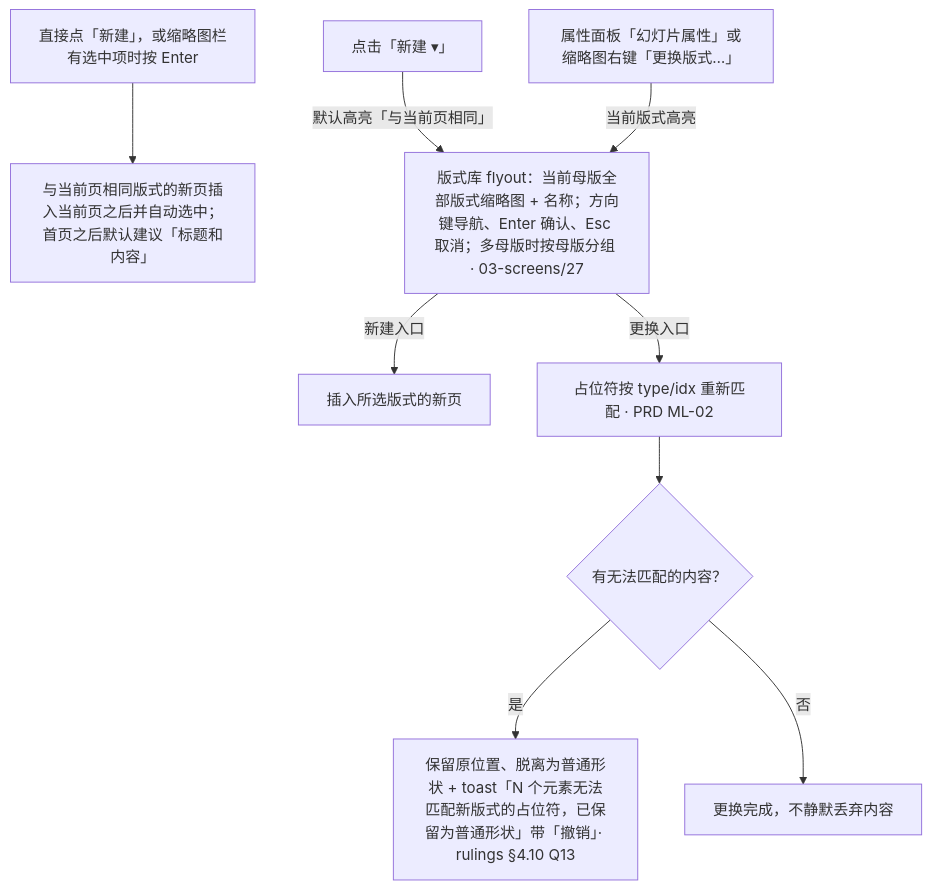
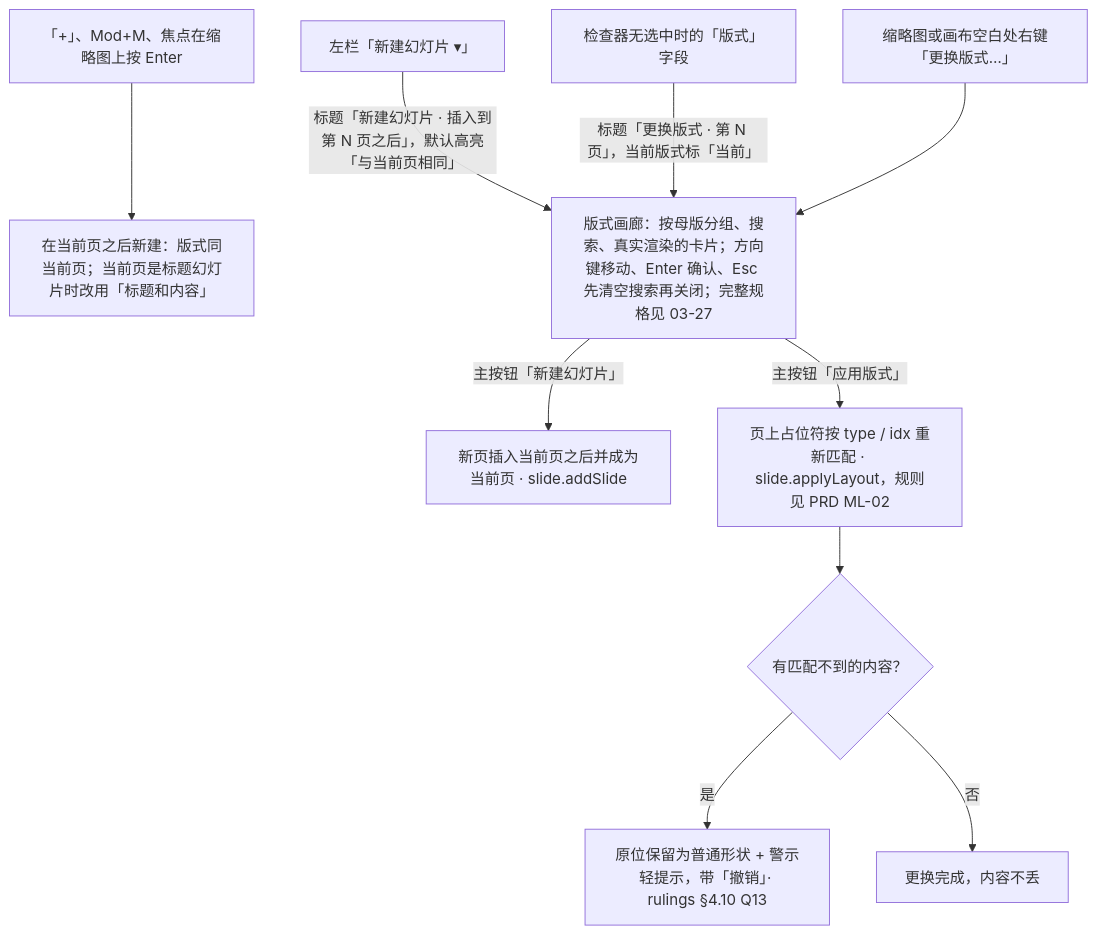
The first of 2 diagrams in docs/20-design/03-screens/14-slide-management-and-layouts.md (Xeonice/cordis-ppt-editor), drawn with Mermaid before and after one commit. The commit also changed other lines of this file and 44 other files, not shown here.

````diff
--- a/docs/20-design/03-screens/14-slide-management-and-layouts.md
+++ b/docs/20-design/03-screens/14-slide-management-and-layouts.md
@@ -62,20 +132,22 @@
 ```mermaid
 flowchart TB
-  newBtn["直接点「新建」，或缩略图栏有选中项时按 Enter"]
-  newSame["与当前页相同版式的新页插入当前页之后并自动选中；首页之后默认建议「标题和内容」"]
-  newMenu["点击「新建 ▾」"]
-  change["属性面板「幻灯片属性」或缩略图右键「更换版式…」"]
-  flyout["版式库 flyout：当前母版全部版式缩略图 + 名称；方向键导航、Enter 确认、Esc 取消；多母版时按母版分组 · 03-screens/27"]
-  pickNew["插入所选版式的新页"]
-  rematch["占位符按 type/idx 重新匹配 · PRD ML-02"]
-  unmatched{"有无法匹配的内容？"}
-  keep["保留原位置、脱离为普通形状 + toast「N 个元素无法匹配新版式的占位符，已保留为普通形状」带「撤销」· rulings §4.10 Q13"]
-  doneC["更换完成，不静默丢弃内容"]
-  newBtn --> newSame
-  newMenu -->|"默认高亮「与当前页相同」"| flyout
-  change -->|"当前版式高亮"| flyout
-  flyout -->|"新建入口"| pickNew
-  flyout -->|"更换入口"| rematch --> unmatched
+  plus["「+」、Mod+M、焦点在缩略图上按 Enter"]
+  same["在当前页之后新建：版式同当前页；当前页是标题幻灯片时改用「标题和内容」"]
+  newMenu["左栏「新建幻灯片 ▾」"]
+  field["检查器无选中时的「版式」字段"]
+  rmenu["缩略图或画布空白处右键「更换版式…」"]
+  gallery["版式画廊：按母版分组、搜索、真实渲染的卡片；方向键移动、Enter 确认、Esc 先清空搜索再关闭；完整规格见 03-27"]
+  create["新页插入当前页之后并成为当前页 · slide.addSlide"]
+  apply["页上占位符按 type / idx 重新匹配 · slide.applyLayout，规则见 PRD ML-02"]
+  unmatched{"有匹配不到的内容？"}
+  keep["原位保留为普通形状 + 警示轻提示，带「撤销」· rulings §4.10 Q13"]
+  done["更换完成，内容不丢"]
+  plus --> same
+  newMenu -->|"标题「新建幻灯片 · 插入到第 N 页之后」，默认高亮「与当前页相同」"| gallery
+  field -->|"标题「更换版式 · 第 N 页」，当前版式标「当前」"| gallery
+  rmenu --> gallery
+  gallery -->|"主按钮「新建幻灯片」"| create
+  gallery -->|"主按钮「应用版式」"| apply --> unmatched
   unmatched -->|"是"| keep
-  unmatched -->|"否"| doneC
+  unmatched -->|"否"| done
 ```
````
